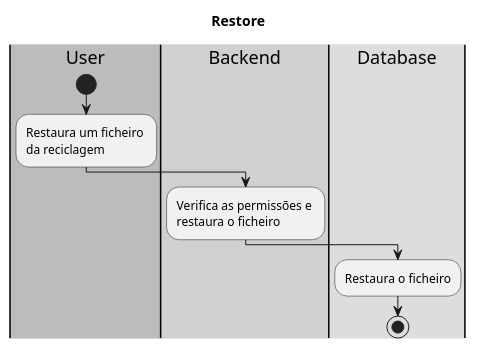
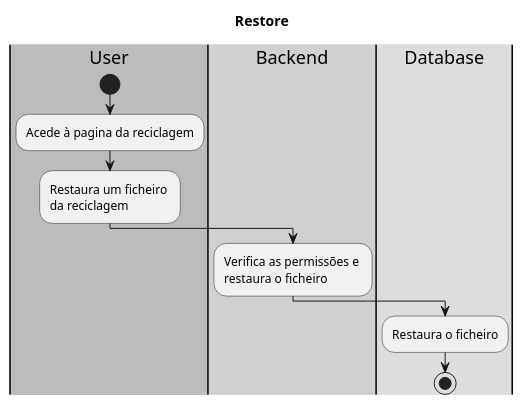
One commit to ricardofalcao/My-Cloud changed the diagram in docs/activity-diagrams/restore.puml. Above: the diagram before and after it, drawn with PlantUML. The commit also changed 11 other files, not shown here.

Commit message:
Activity diagrams review

```diff
--- a/docs/activity-diagrams/restore.puml
+++ b/docs/activity-diagrams/restore.puml
@@ -1,21 +1,22 @@
 @startuml
 
 skinparam Monochrome true
 
 title Restore
 
 |#bcbcbc|User|
 |#d0d0d0|Backend|
 |#dddddd|Database|
 
 |User|
 start
+    :Acede à pagina da reciclagem;
     :Restaura um ficheiro \nda reciclagem;
     |Backend|
     :Verifica as permissões e \nrestaura o ficheiro;
     |Database|
     :Restaura o ficheiro;
 stop
 
 
 @enduml
```
